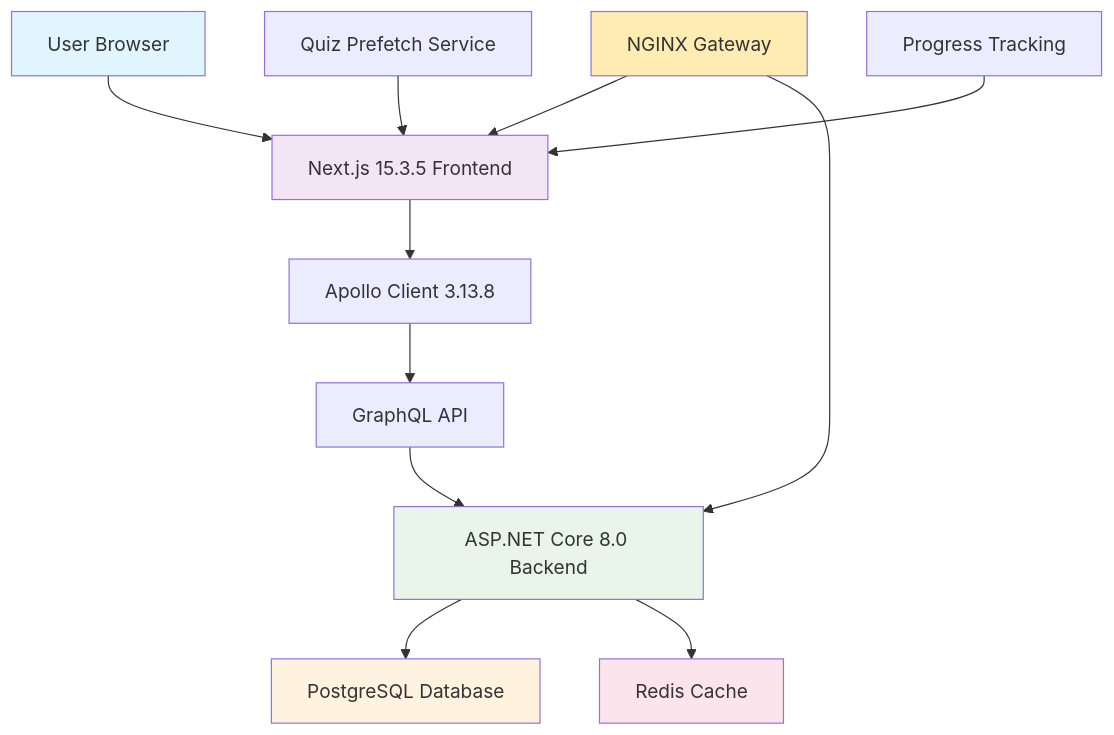
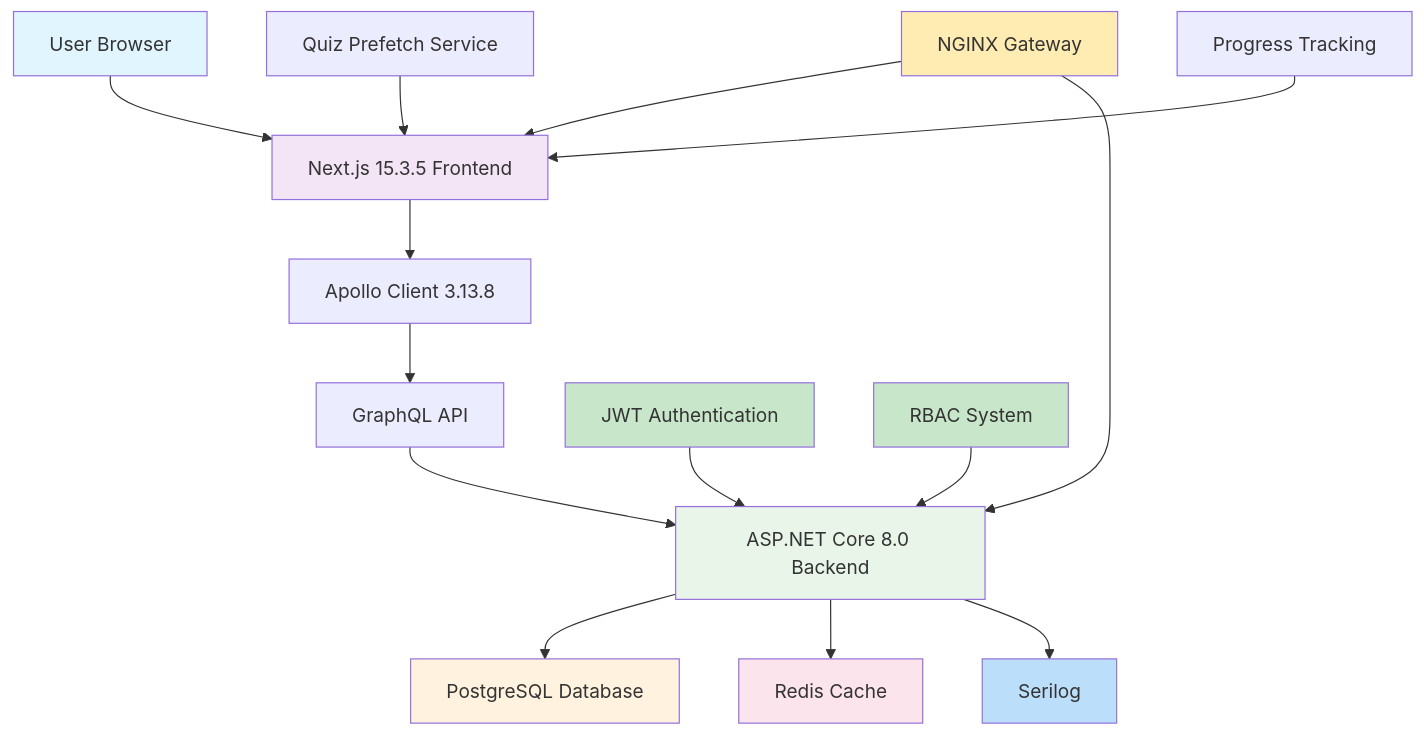
Before and after one commit to ErikVeland/GlassCodeAcademy: the diagram in README.md, drawn with Mermaid. The commit also changed other lines of this file and 35 other files, not shown here.

````diff
--- a/README.md
+++ b/README.md
@@ -53,22 +59,29 @@
 ```mermaid
 graph TB
     A[User Browser] --> B[Next.js 15.3.5 Frontend]
     B --> C[Apollo Client 3.13.8]
     C --> D[GraphQL API]
     D --> E[ASP.NET Core 8.0 Backend]
     E --> F[PostgreSQL Database]
     E --> G[Redis Cache]
+    E --> H[Serilog]
     
-    H[NGINX Gateway] --> B
-    H --> E
+    I[JWT Authentication] --> E
+    J[RBAC System] --> E
     
-    I[Quiz Prefetch Service] --> B
-    J[Progress Tracking] --> B
+    K[NGINX Gateway] --> B
+    K --> E
+    
+    L[Quiz Prefetch Service] --> B
+    M[Progress Tracking] --> B
     
     style A fill:#e1f5fe
     style B fill:#f3e5f5
     style E fill:#e8f5e8
     style F fill:#fff3e0
     style G fill:#fce4ec
-    style H fill:#ffecb3
+    style H fill:#bbdefb
+    style I fill:#c8e6c9
+    style J fill:#c8e6c9
+    style K fill:#ffecb3
 ```
````
